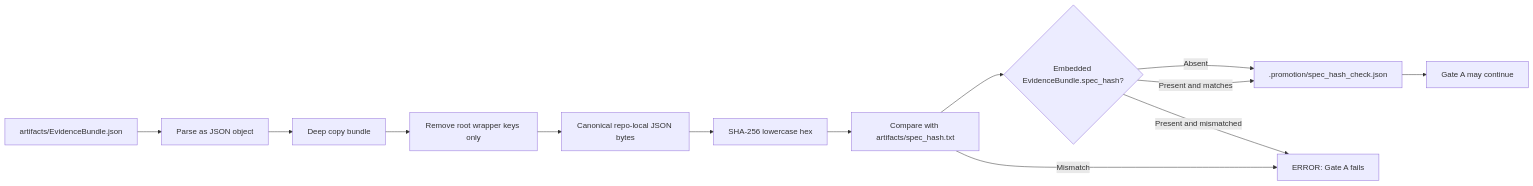
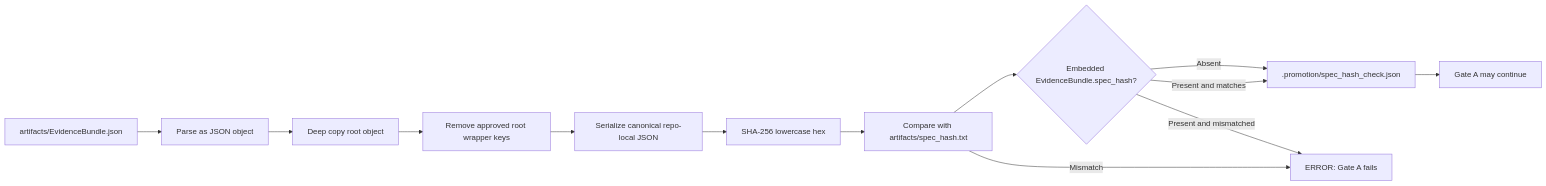
Before and after one commit to bartytime4life/Kansas-Frontier-Matrix: the diagram in docs/adr/ADR-0016-spec-hash.md, drawn with Mermaid. The commit also changed other lines of this file, not shown here.

````diff
--- a/docs/adr/ADR-0016-spec-hash.md
+++ b/docs/adr/ADR-0016-spec-hash.md
@@ -124,15 +104,15 @@
 ```mermaid
 flowchart LR
   EB["artifacts/EvidenceBundle.json"] --> Parse["Parse as JSON object"]
-  Parse --> Normalize["Deep copy bundle"]
-  Normalize --> Exclude["Remove root wrapper keys only"]
-  Exclude --> Canon["Canonical repo-local JSON bytes"]
+  Parse --> Copy["Deep copy root object"]
+  Copy --> Exclude["Remove approved root wrapper keys"]
+  Exclude --> Canon["Serialize canonical repo-local JSON"]
   Canon --> Hash["SHA-256 lowercase hex"]
   Hash --> Compare["Compare with artifacts/spec_hash.txt"]
   Compare --> Embedded{"Embedded EvidenceBundle.spec_hash?"}
   Embedded -->|Absent| Receipt[".promotion/spec_hash_check.json"]
   Embedded -->|Present and matches| Receipt
   Embedded -->|Present and mismatched| Fail["ERROR: Gate A fails"]
   Compare -->|Mismatch| Fail
-  Receipt --> Pass["Gate A may continue"]
+  Receipt --> Continue["Gate A may continue"]
 ```
````
